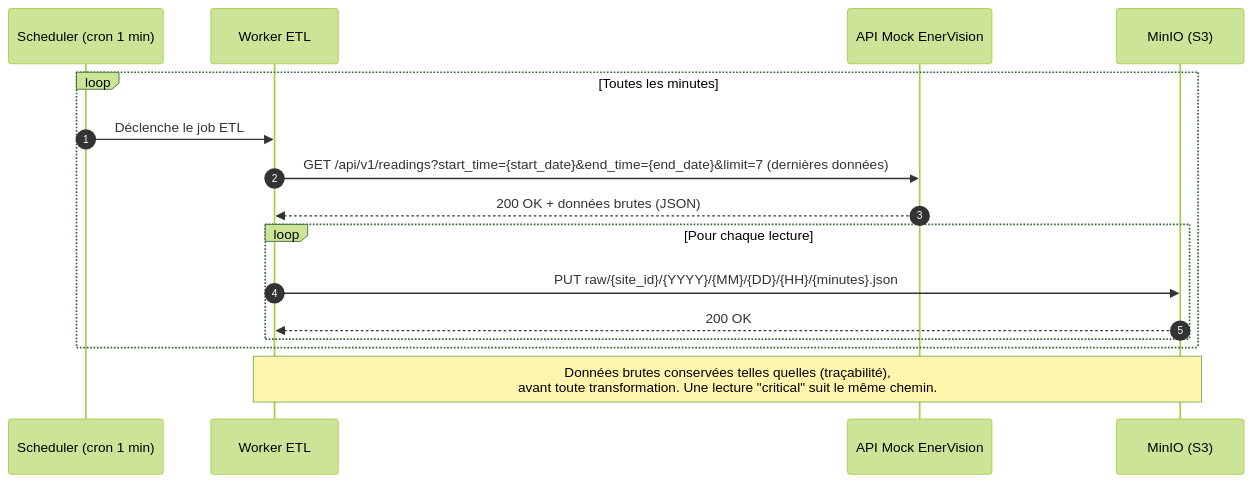
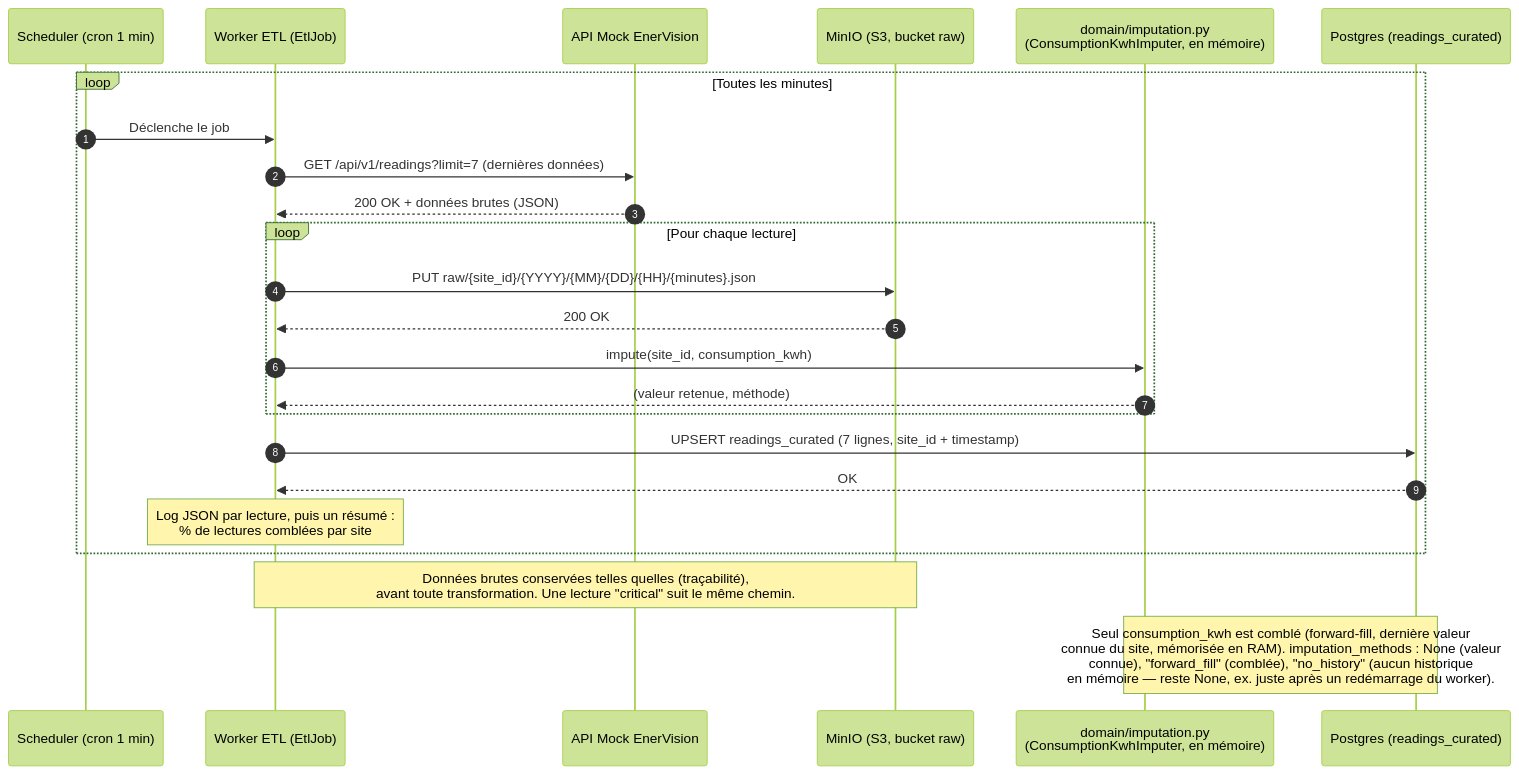
One commit to PetitPingu/EnerVision changed the diagram in docs/seq_etl.md. Above: the diagram before and after it, drawn with Mermaid (forest theme). The commit also changed other lines of this file and 27 other files, not shown here.

````diff
--- a/docs/seq_etl.md
+++ b/docs/seq_etl.md
@@ -12,20 +10,28 @@
 ```mermaid
 sequenceDiagram
     autonumber
     participant Cron as Scheduler (cron 1 min)
-    participant Worker as Worker ETL
+    participant Worker as Worker ETL (EtlJob)
     participant Mock as API Mock EnerVision
-    participant MinIO as MinIO (S3)
+    participant MinIO as MinIO (S3, bucket raw)
+    participant Impute as domain/imputation.py<br/>(ConsumptionKwhImputer, en mémoire)
+    participant DB as Postgres (readings_curated)
 
     loop Toutes les minutes
-        Cron->>Worker: Déclenche le job ETL
-        Worker->>Mock: GET /api/v1/readings?start_time={start_date}&end_time={end_date}&limit=7 (dernières données)
+        Cron->>Worker: Déclenche le job
+        Worker->>Mock: GET /api/v1/readings?limit=7 (dernières données)
         Mock-->>Worker: 200 OK + données brutes (JSON)
         loop Pour chaque lecture
             Worker->>MinIO: PUT raw/{site_id}/{YYYY}/{MM}/{DD}/{HH}/{minutes}.json
             MinIO-->>Worker: 200 OK
+            Worker->>Impute: impute(site_id, consumption_kwh)
+            Impute-->>Worker: (valeur retenue, méthode)
         end
+        Worker->>DB: UPSERT readings_curated (7 lignes, site_id + timestamp)
+        DB-->>Worker: OK
+        Note over Worker: Log JSON par lecture, puis un résumé :<br/>% de lectures comblées par site
     end
 
     Note over Worker,MinIO: Données brutes conservées telles quelles (traçabilité),<br/>avant toute transformation. Une lecture "critical" suit le même chemin.
+    Note over Impute,DB: Seul consumption_kwh est comblé (forward-fill, dernière valeur<br/>connue du site, mémorisée en RAM). imputation_methods : None (valeur<br/>connue), "forward_fill" (comblée), "no_history" (aucun historique<br/>en mémoire — reste None, ex. juste après un redémarrage du worker).
 ```
````
